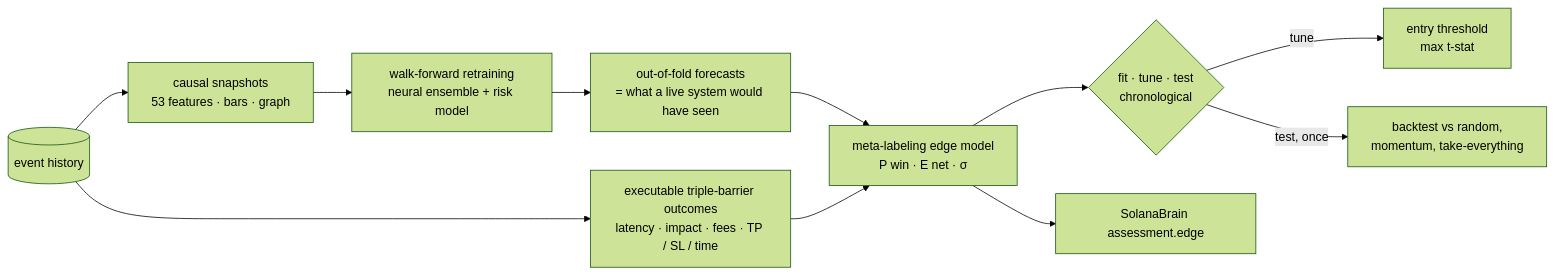
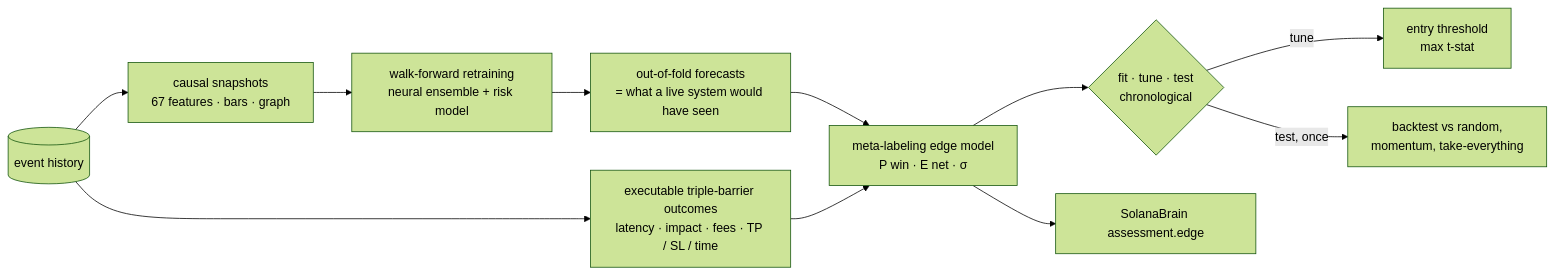
The diagram in docs/EDGE.md (paloaltovisitor57-cloud/Machines-learning-at-full-speed), drawn with Mermaid (forest theme) before and after one commit. The commit also changed other lines of this file and 84 other files, not shown here.

````diff
--- a/docs/EDGE.md
+++ b/docs/EDGE.md
@@ -8,12 +8,12 @@
 ```mermaid
 flowchart LR
-    H[(event history)] --> DS[causal snapshots<br/>53 features · bars · graph]
+    H[(event history)] --> DS[causal snapshots<br/>67 features · bars · graph]
     H --> TB[executable triple-barrier outcomes<br/>latency · impact · fees · TP / SL / time]
     DS --> WF[walk-forward retraining<br/>neural ensemble + risk model]
     WF --> OOF[out-of-fold forecasts<br/>= what a live system would have seen]
     OOF & TB --> META[meta-labeling edge model<br/>P win · E net · σ]
     META --> SPLIT{fit · tune · test<br/>chronological}
     SPLIT -->|tune| THR[entry threshold<br/>max t-stat]
     SPLIT -->|test, once| BT[backtest vs random,<br/>momentum, take-everything]
     META --> LIVE[SolanaBrain assessment.edge]
 ```
````
